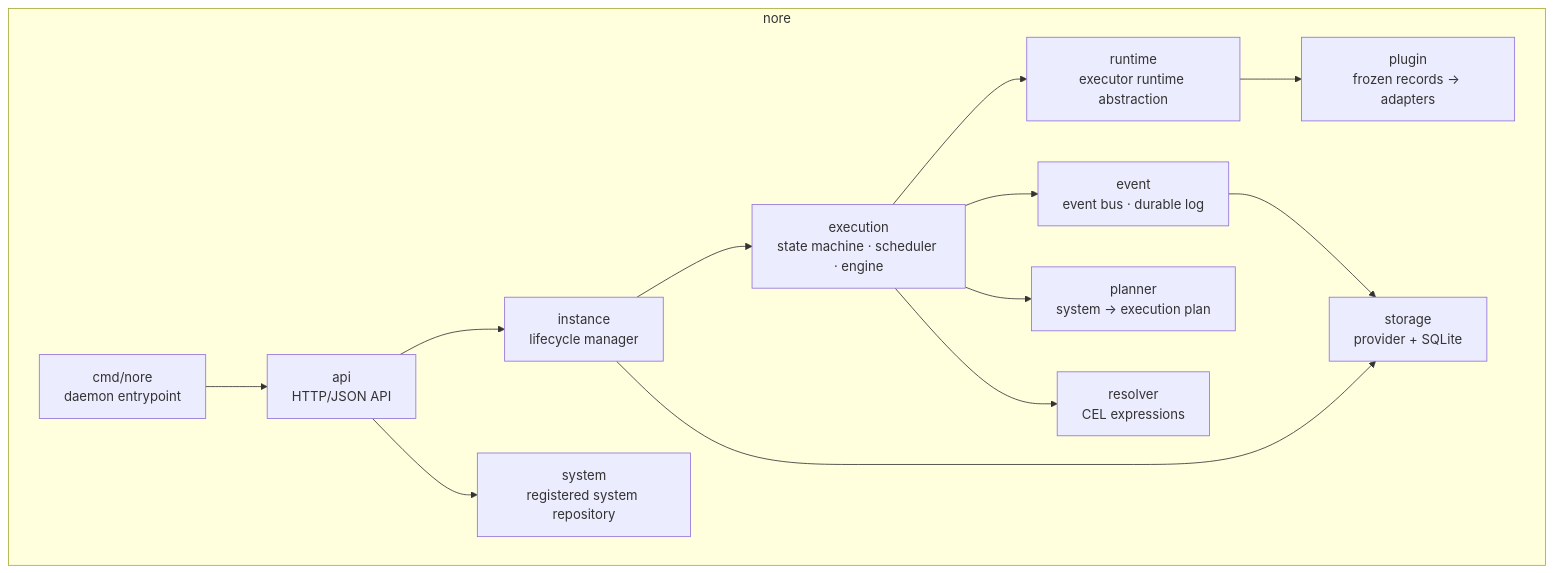
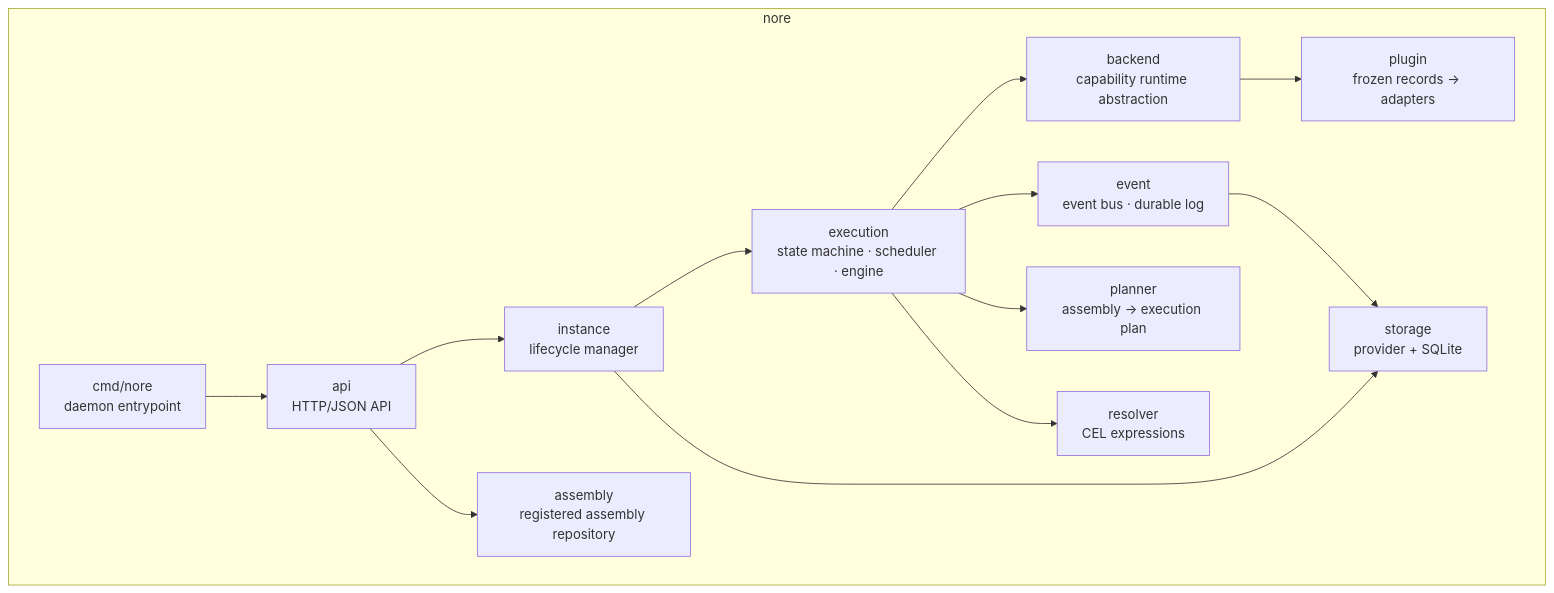
One commit to neuron-runtime/neuron changed the fifth of 7 diagrams in nore/README.md. Above: the diagram before and after it, drawn with Mermaid. The commit also changed other lines of this file and 119 other files, not shown here.

````diff
--- a/nore/README.md
+++ b/nore/README.md
@@ -178,28 +178,28 @@
 ```mermaid
 flowchart TB
     subgraph nore
         cmd[cmd/nore<br/>daemon entrypoint]
         api[api<br/>HTTP/JSON API]
         inst[instance<br/>lifecycle manager]
         exec[execution<br/>state machine · scheduler · engine]
         ev[event<br/>event bus · durable log]
-        rt[runtime<br/>executor runtime abstraction]
-        pl[planner<br/>system → execution plan]
+        rt[backend<br/>capability runtime abstraction]
+        pl[planner<br/>assembly → execution plan]
         rv[resolver<br/>CEL expressions]
         st[storage<br/>provider + SQLite]
-        sys[system<br/>registered system repository]
+        sys[assembly<br/>registered assembly repository]
         plugin[plugin<br/>frozen records → adapters]
     end
 
     cmd --> api
     api --> inst
     api --> sys
     inst --> exec
     exec --> ev
     exec --> rt
     exec --> pl
     rt --> plugin
     exec --> rv
     ev --> st
     inst --> st
 ```
````
